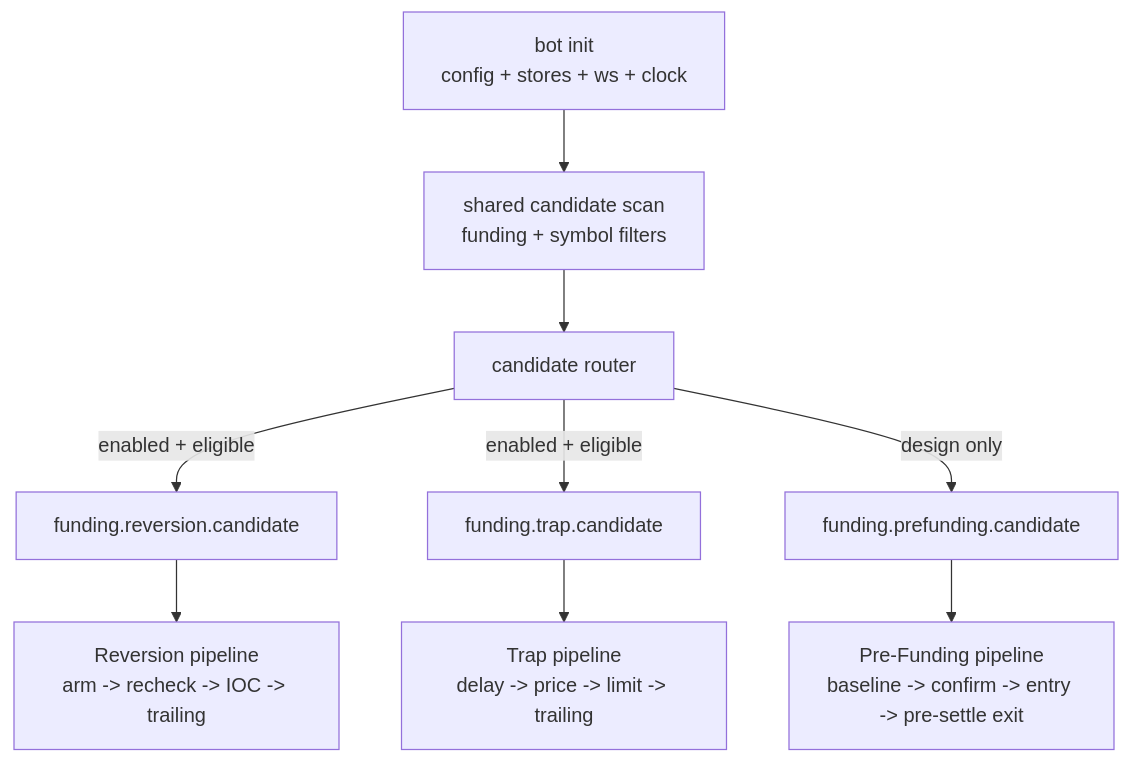
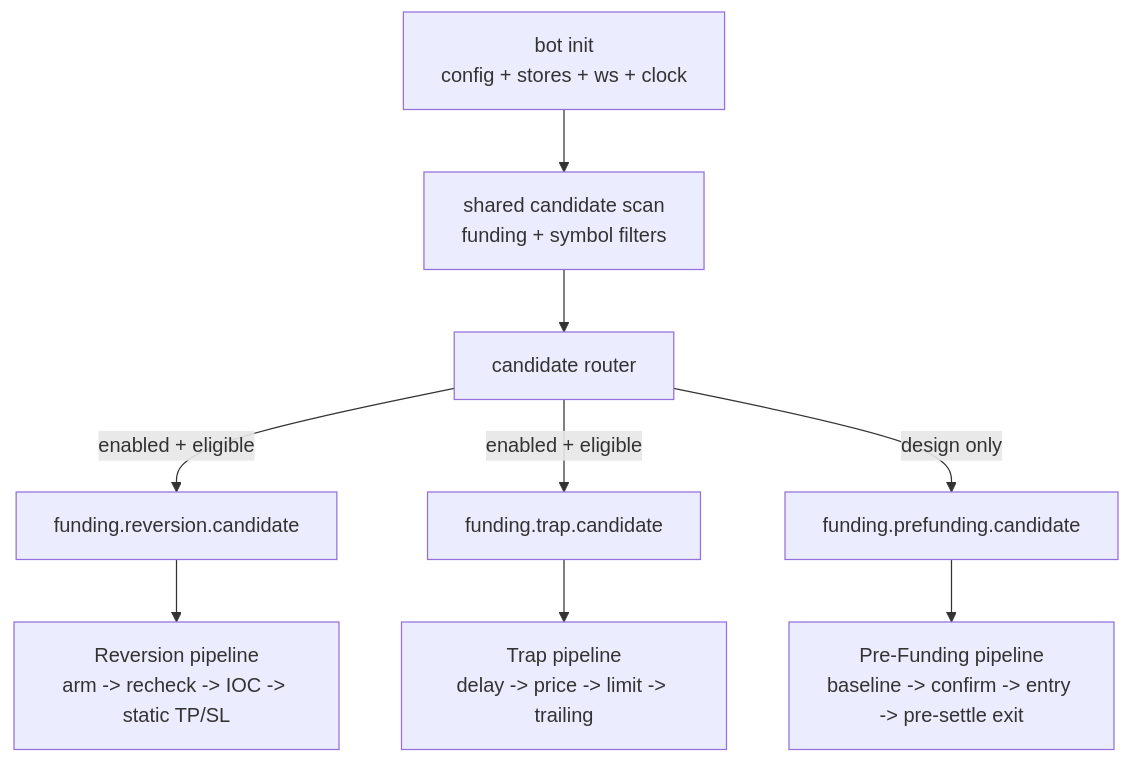
One commit to dangnmh/crypto-bot changed the diagram in docs/business/funding/flow.md. Above: the diagram before and after it, drawn with Mermaid. The commit also changed other lines of this file and 122 other files, not shown here.

````diff
--- a/docs/business/funding/flow.md
+++ b/docs/business/funding/flow.md
@@ -13,14 +13,14 @@
 ```mermaid
 flowchart TD
     INIT["bot init<br/>config + stores + ws + clock"] --> SCAN["shared candidate scan<br/>funding + symbol filters"]
 
     SCAN --> ROUTER["candidate router"]
 
     ROUTER -->|enabled + eligible| REV["funding.reversion.candidate"]
     ROUTER -->|enabled + eligible| TRAP["funding.trap.candidate"]
     ROUTER -->|design only| PRE["funding.prefunding.candidate"]
 
-    REV --> REVFLOW["Reversion pipeline<br/>arm -> recheck -> IOC -> trailing"]
+    REV --> REVFLOW["Reversion pipeline<br/>arm -> recheck -> IOC -> static TP/SL"]
     TRAP --> TRAPFLOW["Trap pipeline<br/>delay -> price -> limit -> trailing"]
     PRE --> PREFLOW["Pre-Funding pipeline<br/>baseline -> confirm -> entry -> pre-settle exit"]
 ```
````
